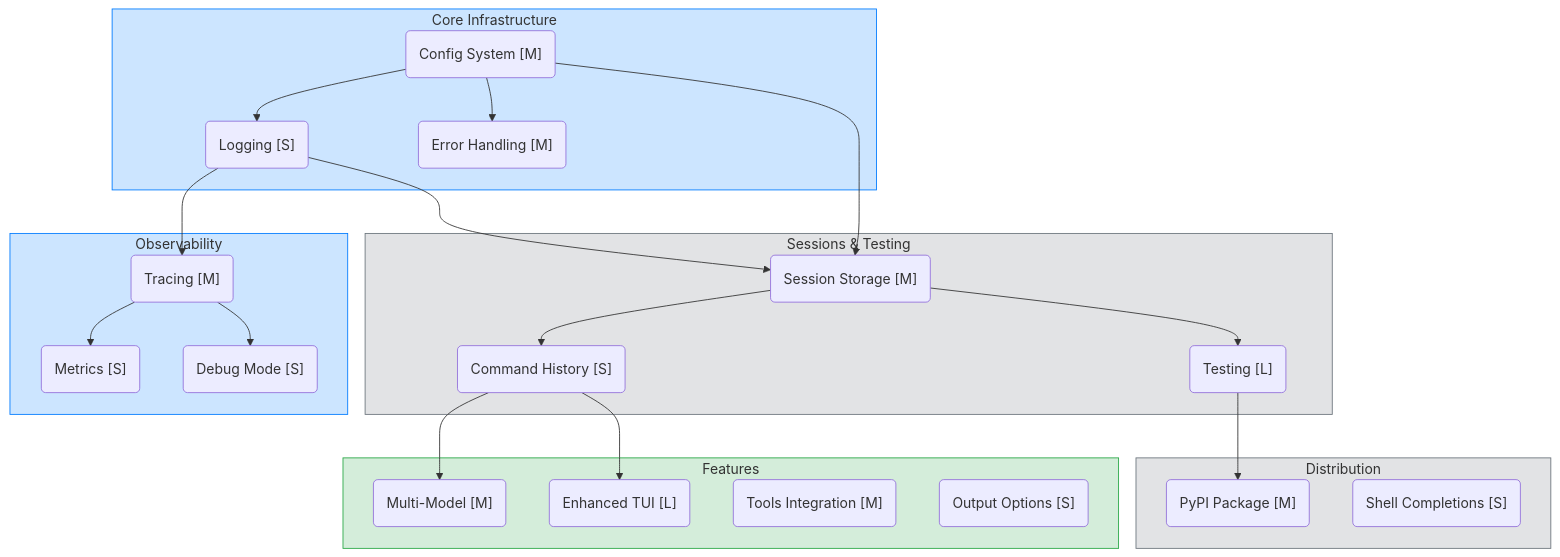
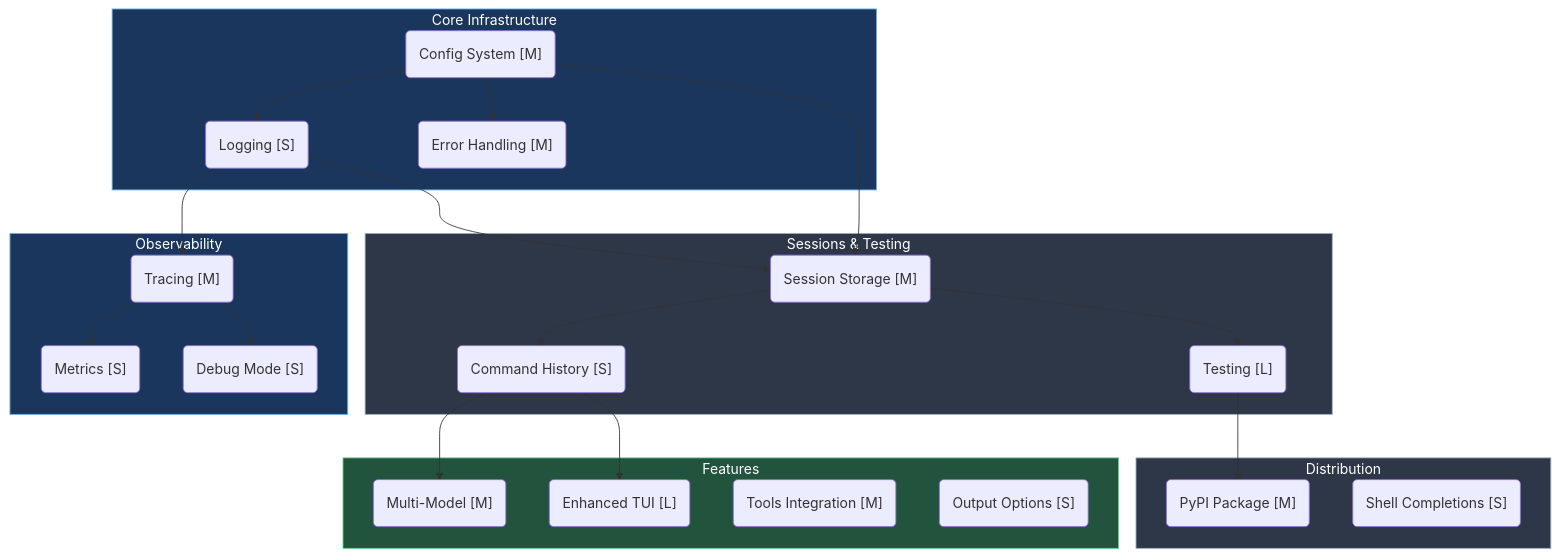
The first of 8 diagrams in ROADMAP.md (Miguel-EpicJS/ash-cli), drawn with Mermaid before and after one commit. The commit also changed other lines of this file, not shown here.

````diff
--- a/ROADMAP.md
+++ b/ROADMAP.md
@@ -27,51 +27,51 @@
 ```mermaid
 flowchart TD
     subgraph Core["Core Infrastructure"]
         config("Config System [M]")
         logging("Logging [S]")
         error("Error Handling [M]")
     end
 
     subgraph Sessions["Sessions & Testing"]
         sessions("Session Storage [M]")
         history("Command History [S]")
         testing("Testing [L]")
     end
 
     subgraph Features["Features"]
         multimodel("Multi-Model [M]")
         tui("Enhanced TUI [L]")
         tools("Tools Integration [M]")
         output("Output Options [S]")
     end
 
     subgraph Observability["Observability"]
         tracing("Tracing [M]")
         metrics("Metrics [S]")
         debug("Debug Mode [S]")
     end
 
     subgraph Distribution["Distribution"]
         pypi("PyPI Package [M]")
         completions("Shell Completions [S]")
     end
 
     logging --> tracing
     config --> logging
     config --> error
     config --> sessions
     logging --> sessions
     sessions --> history
     sessions --> testing
     history --> multimodel
     history --> tui
     tracing --> metrics
     tracing --> debug
     testing --> pypi
 
-    style Core fill:#cce5ff,stroke:#007bff
-    style Sessions fill:#e2e3e5,stroke:#6c757d
-    style Features fill:#d4edda,stroke:#28a745
-    style Observability fill:#cce5ff,stroke:#007bff
-    style Distribution fill:#e2e3e5,stroke:#6c757d
+    style Core fill:#1a365d,stroke:#63b3ed,color:#fff
+    style Sessions fill:#2d3748,stroke:#a0aec0,color:#fff
+    style Features fill:#22543d,stroke:#68d391,color:#fff
+    style Observability fill:#1a365d,stroke:#63b3ed,color:#fff
+    style Distribution fill:#2d3748,stroke:#a0aec0,color:#fff
 ```
````
